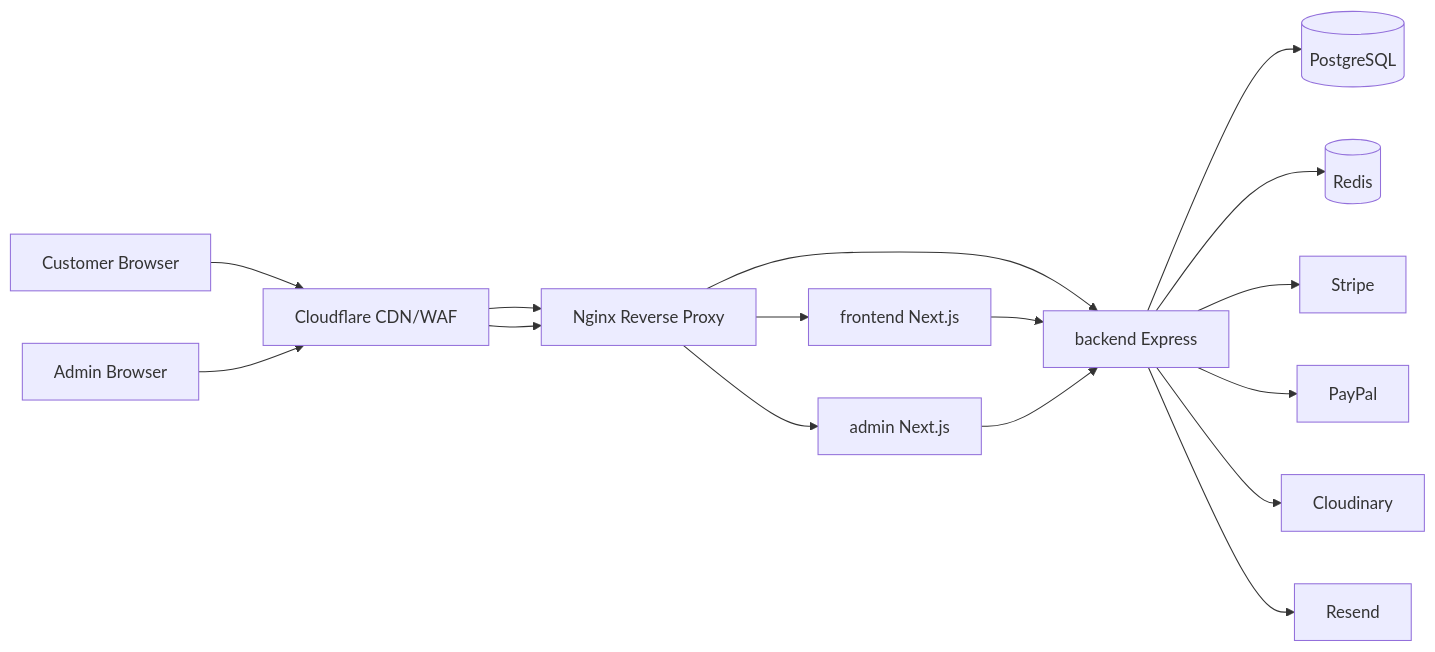
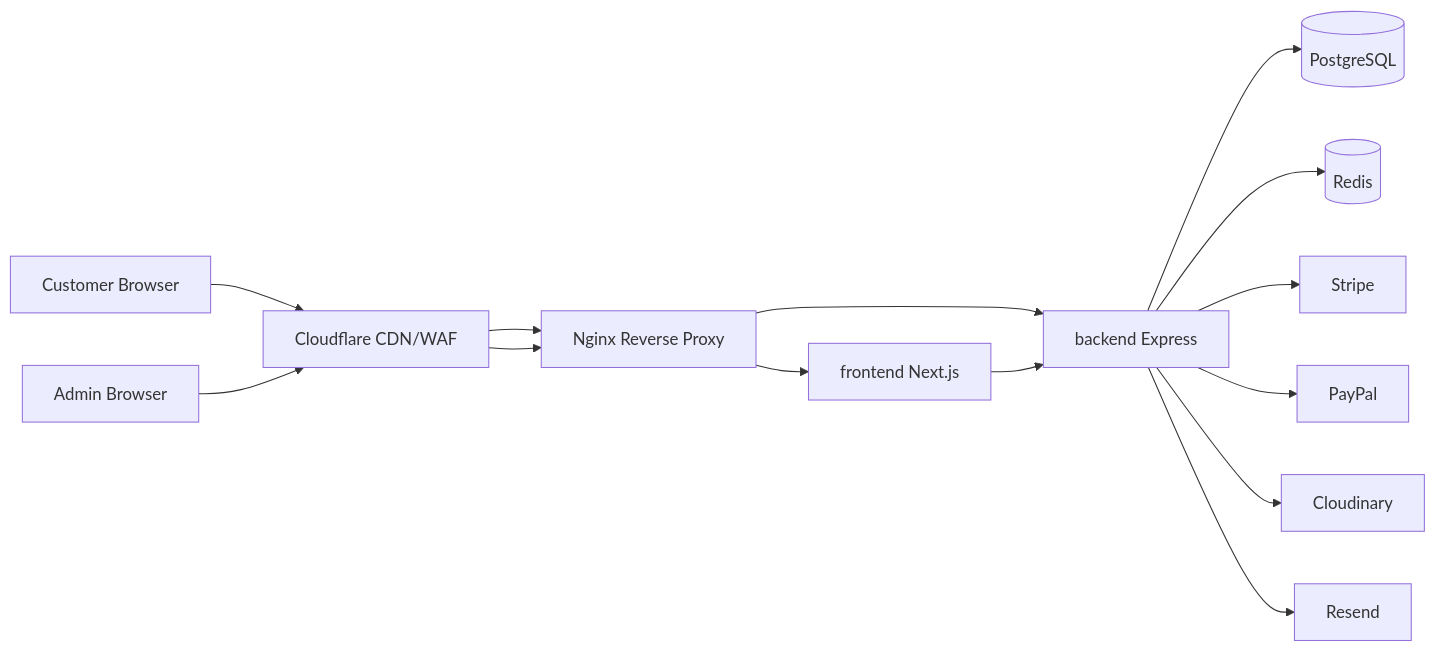
The first of 2 diagrams in docs/architecture/overview.md (Ali-Husnain-186/gamemania), drawn with Mermaid before and after one commit. The commit also changed other lines of this file and 149 other files, not shown here.

````diff
--- a/docs/architecture/overview.md
+++ b/docs/architecture/overview.md
@@ -13,30 +13,27 @@
 ```mermaid
 flowchart LR
   Customer[Customer Browser]
   AdminUser[Admin Browser]
   CF[Cloudflare CDN/WAF]
   Nginx[Nginx Reverse Proxy]
   FE[frontend Next.js]
-  AD[admin Next.js]
   API[backend Express]
   DB[(PostgreSQL)]
   Redis[(Redis)]
   Stripe[Stripe]
   PayPal[PayPal]
   Cloudinary[Cloudinary]
   Resend[Resend]
 
   Customer --> CF --> Nginx
   AdminUser --> CF --> Nginx
   Nginx --> FE
-  Nginx --> AD
   Nginx --> API
   FE --> API
-  AD --> API
   API --> DB
   API --> Redis
   API --> Stripe
   API --> PayPal
   API --> Cloudinary
   API --> Resend
 ```
````
